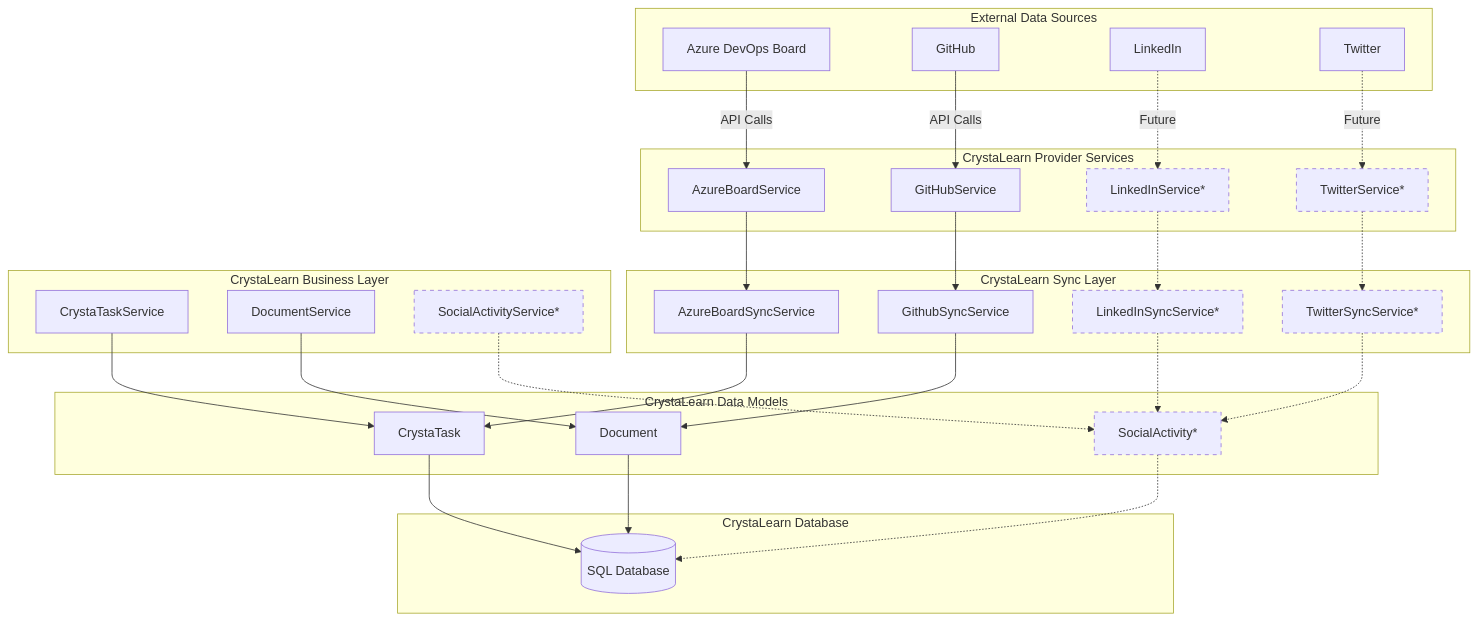
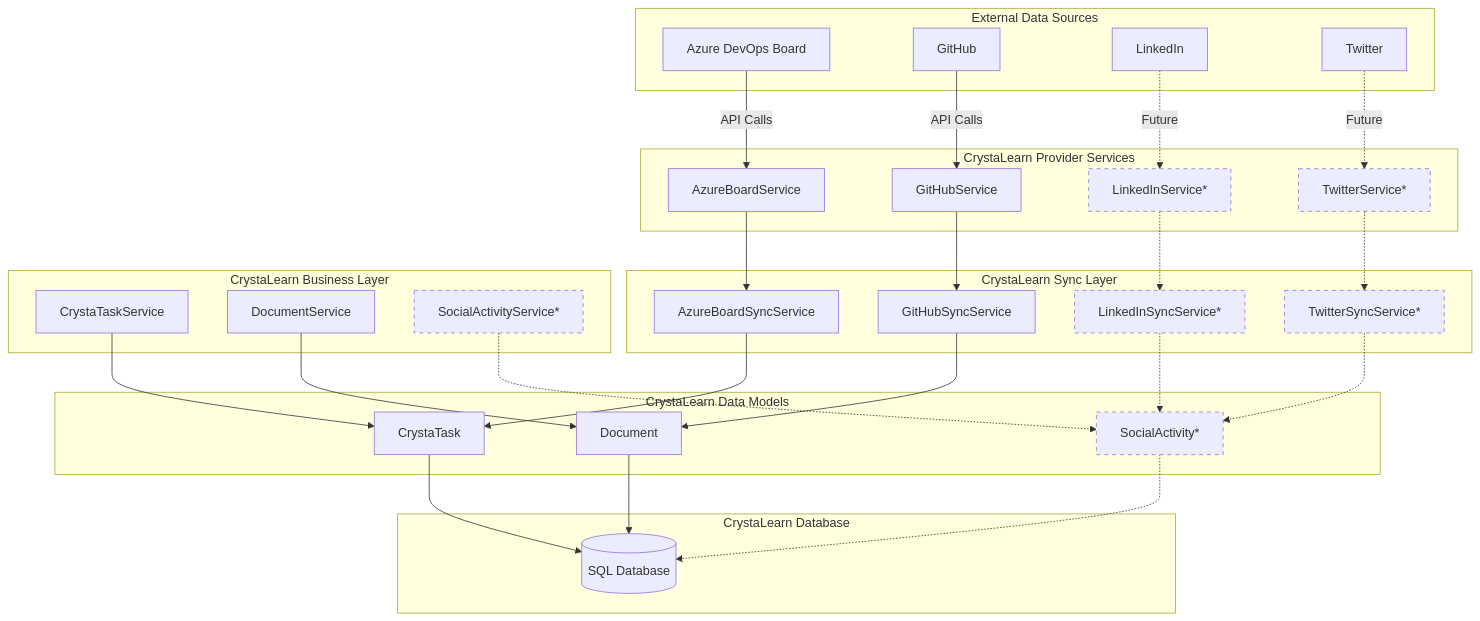
The first of 2 diagrams in docs/architecture/sync-overview.md (cs-internship/cs-system), drawn with Mermaid before and after one commit.

````diff
--- a/docs/architecture/sync-overview.md
+++ b/docs/architecture/sync-overview.md
@@ -15,69 +15,69 @@
 ```mermaid
 graph TB
     subgraph "External Data Sources"
         AzureBoard[Azure DevOps Board]
         GitHub[GitHub]
         LinkedIn[LinkedIn]
         Twitter[Twitter]
     end
 
     subgraph "CrystaLearn Sync Layer"
         ABS[AzureBoardSyncService]
-        GHS[GithubSyncService]
+        GHS[GitHubSyncService]
         LIS[LinkedInSyncService*]
         TWS[TwitterSyncService*]
     end
 
     subgraph "CrystaLearn Provider Services"
         ABPS[AzureBoardService]
         GHPS[GitHubService]
         LIPS[LinkedInService*]
         TWPS[TwitterService*]
     end
 
     subgraph "CrystaLearn Business Layer"
         CTS[CrystaTaskService]
         DS[DocumentService]
         SAS[SocialActivityService*]
     end
 
     subgraph "CrystaLearn Data Models"
         CT[CrystaTask]
         DOC[Document]
         SA[SocialActivity*]
     end
 
     subgraph "CrystaLearn Database"
         DB[(SQL Database)]
     end
 
     AzureBoard -->|API Calls| ABPS
     GitHub -->|API Calls| GHPS
     LinkedIn -.->|Future| LIPS
     Twitter -.->|Future| TWPS
 
     ABPS --> ABS
     GHPS --> GHS
     LIPS -.-> LIS
     TWPS -.-> TWS
 
     ABS --> CT
     GHS --> DOC
     LIS -.-> SA
     TWS -.-> SA
 
     CTS --> CT
     DS --> DOC
     SAS -.-> SA
 
     CT --> DB
     DOC --> DB
     SA -.-> DB
 
     style LIS stroke-dasharray: 5 5
     style TWS stroke-dasharray: 5 5
     style LIPS stroke-dasharray: 5 5
     style TWPS stroke-dasharray: 5 5
     style SA stroke-dasharray: 5 5
     style SAS stroke-dasharray: 5 5
 ```
````
